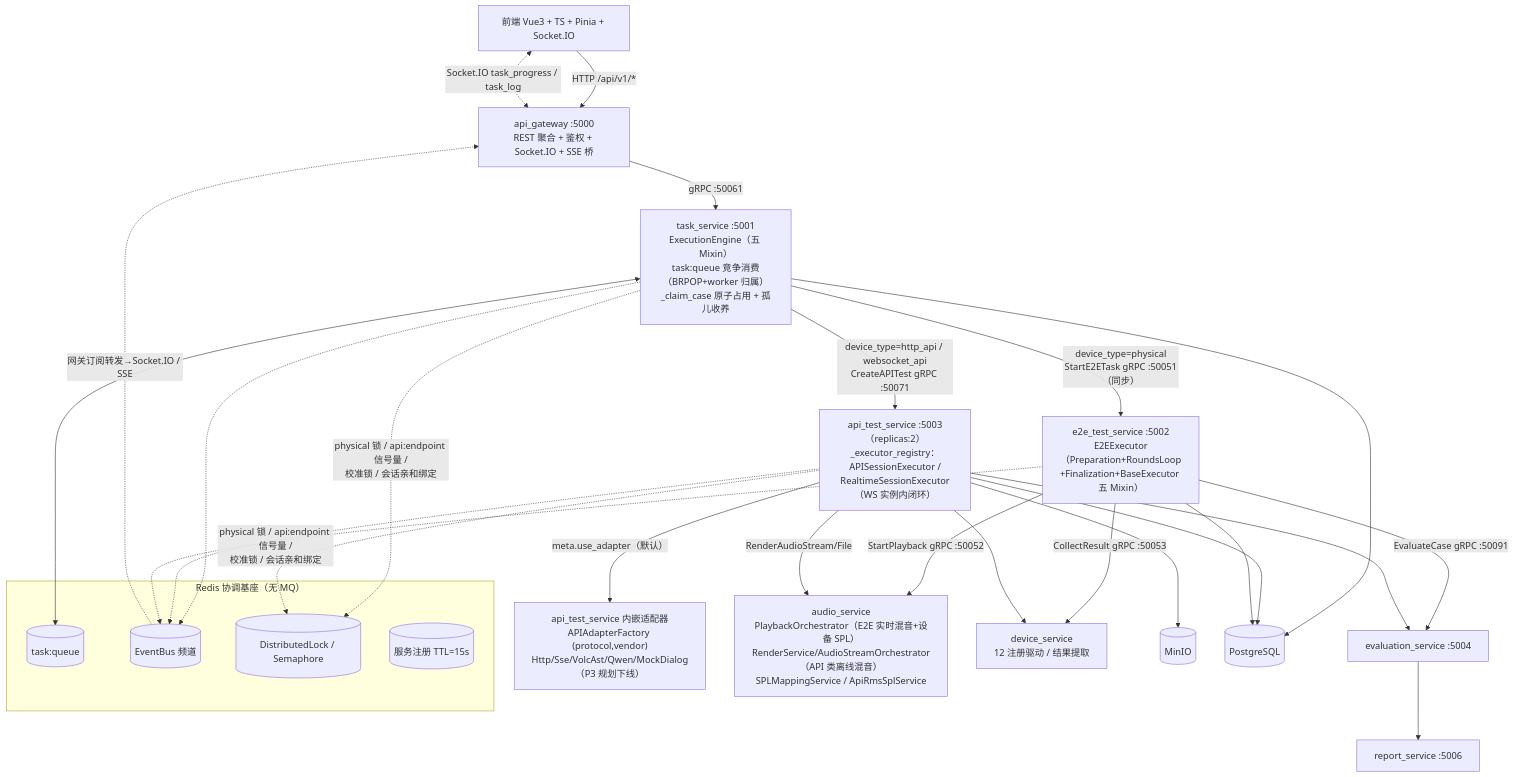
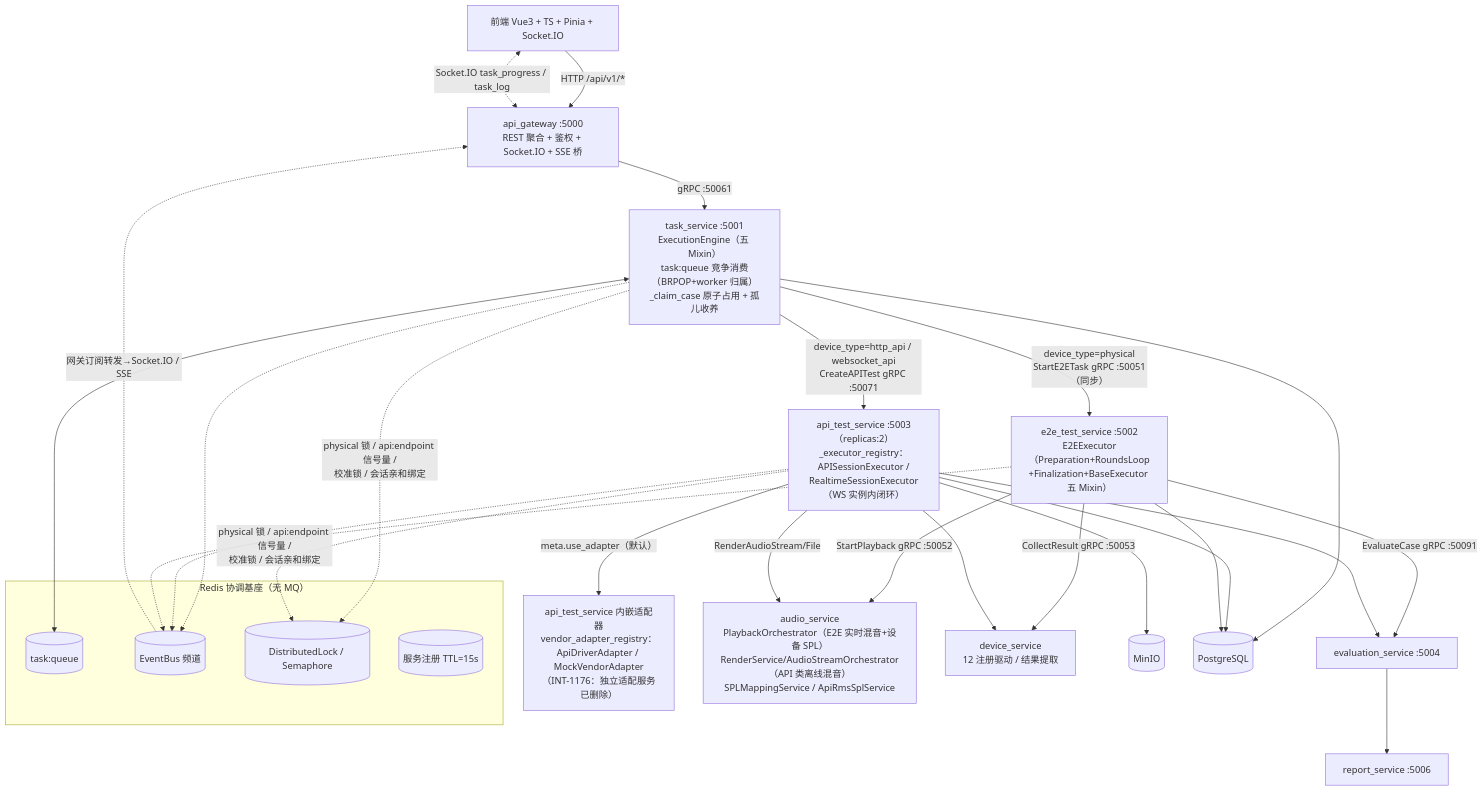
Before and after one commit to ydz-auto/intelligent_audio_test: the second of 2 diagrams in Intelligent-Audio-TEST/doc/验收/INT-263.md, drawn with Mermaid. The commit also changed 21 other files, not shown here.

````diff
--- a/Intelligent-Audio-TEST/doc/验收/INT-263.md
+++ b/Intelligent-Audio-TEST/doc/验收/INT-263.md
@@ -34,28 +34,28 @@
 ```mermaid
 flowchart TB
     FE["前端 Vue3 + TS + Pinia + Socket.IO"] -->|"HTTP /api/v1/*"| GW["api_gateway :5000<br/>REST 聚合 + 鉴权 + Socket.IO + SSE 桥"]
     FE <-.->|"Socket.IO task_progress / task_log"| GW
     GW -->|"gRPC :50061"| TS["task_service :5001<br/>ExecutionEngine（五 Mixin）<br/>task:queue 竞争消费（BRPOP+worker 归属）<br/>_claim_case 原子占用 + 孤儿收养"]
     TS -->|"device_type=physical<br/>StartE2ETask gRPC :50051（同步）"| E2E["e2e_test_service :5002<br/>E2EExecutor（Preparation+RoundsLoop<br/>+Finalization+BaseExecutor 五 Mixin）"]
     TS -->|"device_type=http_api / websocket_api<br/>CreateAPITest gRPC :50071"| ATS["api_test_service :5003（replicas:2）<br/>_executor_registry：APISessionExecutor /<br/>RealtimeSessionExecutor（WS 实例内闭环）"]
-    ATS -->|"meta.use_adapter（默认）"| AAS["api_test_service 内嵌适配器<br/>APIAdapterFactory (protocol,vendor)<br/>Http/Sse/VolcAst/Qwen/MockDialog（P3 规划下线）"]
+    ATS -->|"meta.use_adapter（默认）"| AAS["api_test_service 内嵌适配器<br/>vendor_adapter_registry：ApiDriverAdapter / MockVendorAdapter<br/>（INT-1176：独立适配服务已删除）"]
     E2E -->|"StartPlayback gRPC :50052"| AU["audio_service<br/>PlaybackOrchestrator（E2E 实时混音+设备 SPL）<br/>RenderService/AudioStreamOrchestrator（API 类离线混音）<br/>SPLMappingService / ApiRmsSplService"]
     ATS -->|"RenderAudioStream/File"| AU
     E2E -->|"CollectResult gRPC :50053"| DS["device_service<br/>12 注册驱动 / 结果提取"]
     ATS --> DS
     E2E -->|"EvaluateCase gRPC :50091"| EV["evaluation_service :5004"]
     ATS --> EV
     EV --> REP["report_service :5006"]
     ATS --> OSS[("MinIO")]
     TS & ATS & E2E --> PG[("PostgreSQL")]
     subgraph RD["Redis 协调基座（无 MQ）"]
       Q[("task:queue")]
       EB[("EventBus 频道")]
       DL[("DistributedLock / Semaphore")]
       SR[("服务注册 TTL=15s")]
     end
     TS <--> Q
     TS & ATS -.->|"physical 锁 / api:endpoint 信号量 /<br/>校准锁 / 会话亲和绑定"| DL
     TS & ATS & E2E -.-> EB
     EB -.->|"网关订阅转发→Socket.IO / SSE"| GW
 ```
````
